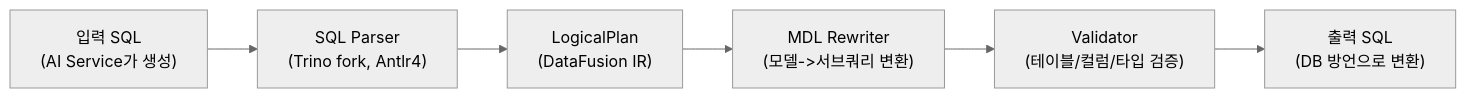
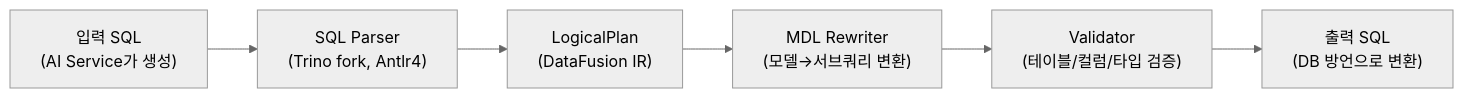
The fifth of 15 diagrams in docs/guide_wrenai.md (izzyLim/BIP-Pipeline), drawn with Mermaid (neutral theme) before and after one commit. The commit also changed other lines of this file and 3 other files, not shown here.

````diff
--- a/docs/guide_wrenai.md
+++ b/docs/guide_wrenai.md
@@ -226,11 +327,11 @@
 ```mermaid
 flowchart LR
     SQL["입력 SQL<br/>(AI Service가 생성)"]
     PARSE["SQL Parser<br/>(Trino fork, Antlr4)"]
     LP["LogicalPlan<br/>(DataFusion IR)"]
-    REWRITE["MDL Rewriter<br/>(모델->서브쿼리 변환)"]
+    REWRITE["MDL Rewriter<br/>(모델→서브쿼리 변환)"]
     VALIDATE["Validator<br/>(테이블/컬럼/타입 검증)"]
     OUTPUT["출력 SQL<br/>(DB 방언으로 변환)"]
 
     SQL --> PARSE --> LP --> REWRITE --> VALIDATE --> OUTPUT
 ```
````
